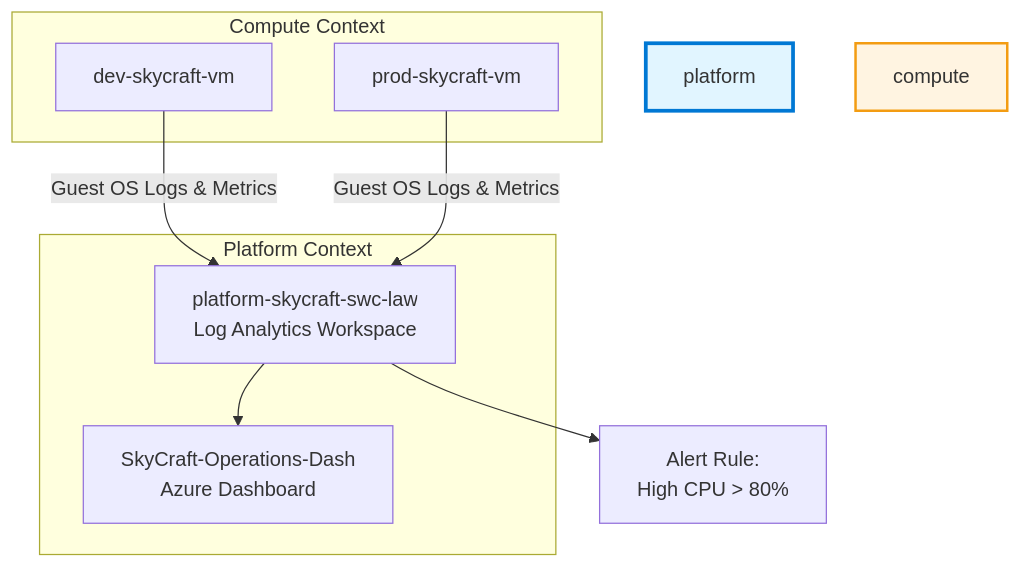
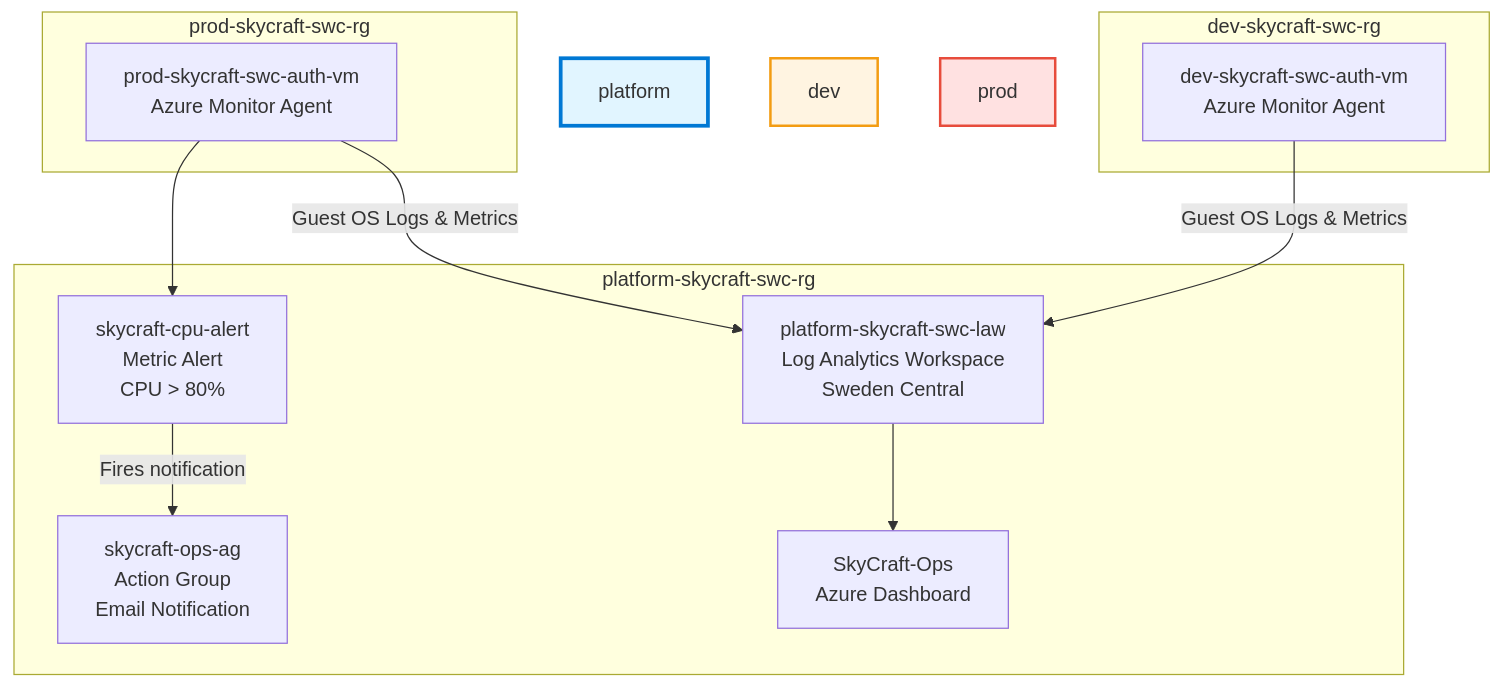
The diagram in module-5-monitoring-maintenance/5.1-azure-monitor/lab-guide-5.1.md (mbiszczanik/skycraft), drawn with Mermaid before and after one commit. The commit also changed other lines of this file and 6 other files, not shown here.

````diff
--- a/module-5-monitoring-maintenance/5.1-azure-monitor/lab-guide-5.1.md
+++ b/module-5-monitoring-maintenance/5.1-azure-monitor/lab-guide-5.1.md
@@ -20,19 +20,26 @@
 ```mermaid
 graph TB
-    subgraph "Platform Context"
+    subgraph "platform-skycraft-swc-rg"
         style platform fill:#e1f5ff,stroke:#0078d4,stroke-width:3px
-        LAW["platform-skycraft-swc-law<br/>Log Analytics Workspace"]
-        Dashboard["SkyCraft-Operations-Dash<br/>Azure Dashboard"]
+        LAW["platform-skycraft-swc-law<br/>Log Analytics Workspace<br/>Sweden Central"]
+        AG["skycraft-ops-ag<br/>Action Group<br/>Email Notification"]
+        Alert["skycraft-cpu-alert<br/>Metric Alert<br/>CPU > 80%"]
+        Dashboard["SkyCraft-Ops<br/>Azure Dashboard"]
     end
 
-    subgraph "Compute Context"
-        style compute fill:#fff4e1,stroke:#f39c12,stroke-width:2px
-        VM_Dev["dev-skycraft-vm"]
-        VM_Prod["prod-skycraft-vm"]
+    subgraph "dev-skycraft-swc-rg"
+        style dev fill:#fff4e1,stroke:#f39c12,stroke-width:2px
+        VM_Dev["dev-skycraft-swc-auth-vm<br/>Azure Monitor Agent"]
+    end
+
+    subgraph "prod-skycraft-swc-rg"
+        style prod fill:#ffe1e1,stroke:#e74c3c,stroke-width:2px
+        VM_Prod["prod-skycraft-swc-auth-vm<br/>Azure Monitor Agent"]
     end
 
     VM_Dev -->|"Guest OS Logs & Metrics"| LAW
     VM_Prod -->|"Guest OS Logs & Metrics"| LAW
     LAW --> Dashboard
-    LAW --> Alerts["Alert Rule:<br/>High CPU > 80%"]
+    VM_Prod --> Alert
+    Alert -->|"Fires notification"| AG
 ```
````
